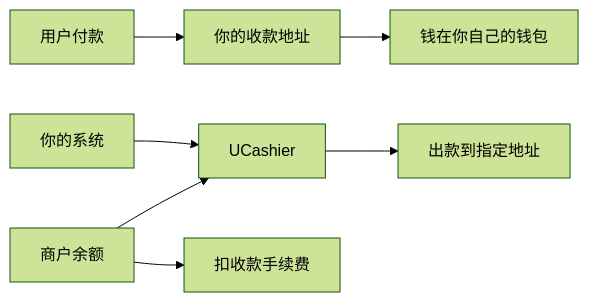
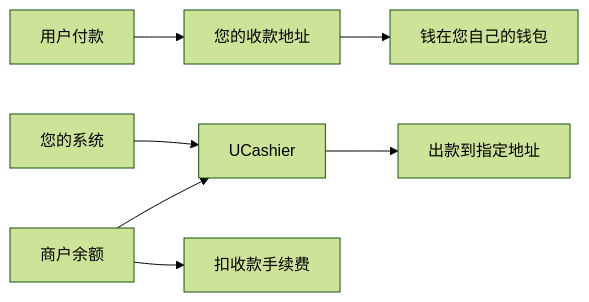
The second of 2 diagrams in README.md (ucashier/ucashier-usdt-pay), drawn with Mermaid (forest theme) before and after one commit. The commit also changed other lines of this file and 2 other files, not shown here.

````diff
--- a/README.md
+++ b/README.md
@@ -57,9 +57,9 @@
 ```mermaid
 flowchart LR
-  User[用户付款] --> Wallet[你的收款地址]
-  Wallet --> You[钱在你自己的钱包]
-  Biz[你的系统] --> UC[UCashier]
+  User[用户付款] --> Wallet[您的收款地址]
+  Wallet --> You[钱在您自己的钱包]
+  Biz[您的系统] --> UC[UCashier]
   Bal[商户余额] --> Fee[扣收款手续费]
   Bal --> UC
   UC --> Payout[出款到指定地址]
 ```
````
